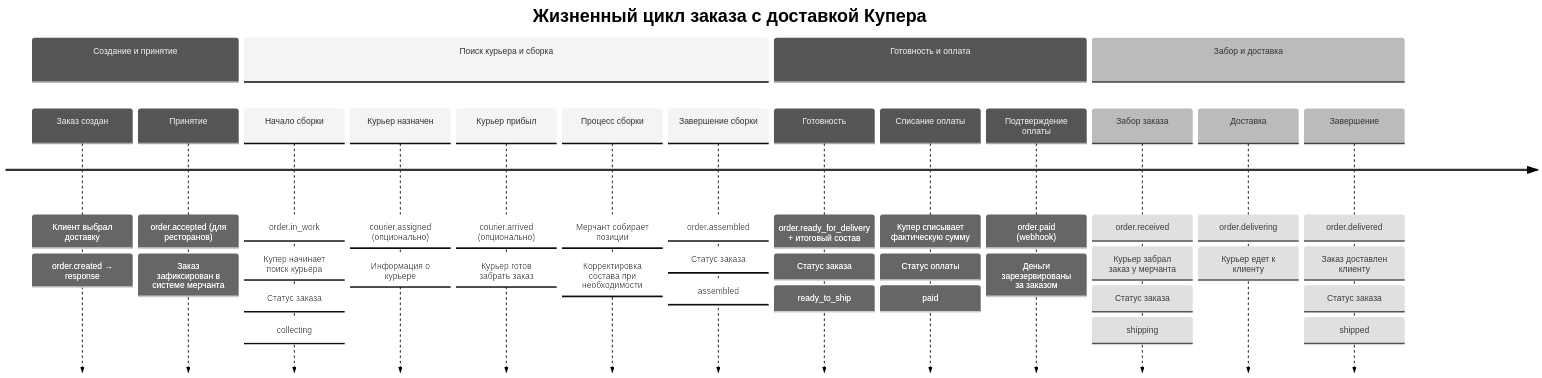
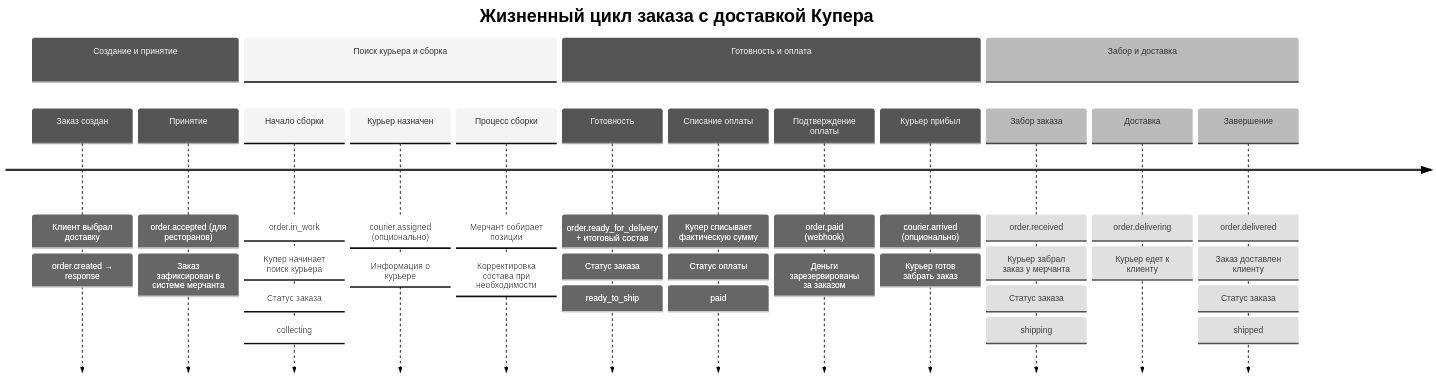
Before and after one commit to benbut/kuper: the second of 2 diagrams in assets/kuper-delivery-integration.md, drawn with Mermaid (neutral theme). The commit also changed other lines of this file, not shown here.

````diff
--- a/assets/kuper-delivery-integration.md
+++ b/assets/kuper-delivery-integration.md
@@ -151,41 +94,39 @@
 ```mermaid
 timeline
     title Жизненный цикл заказа с доставкой Купера
     
     section Создание и принятие
         Заказ создан : Клиент выбрал доставку
                      : order.created → response
         Принятие : order.accepted (для ресторанов)
                  : Заказ зафиксирован в системе мерчанта
         
     section Поиск курьера и сборка
         Начало сборки : order.in_work
                      : Купер начинает поиск курьера
                      : Статус заказа: collecting
         Курьер назначен : courier.assigned (опционально)
                        : Информация о курьере
-        Курьер прибыл : courier.arrived (опционально)
-                     : Курьер готов забрать заказ
         Процесс сборки : Мерчант собирает позиции
                       : Корректировка состава при необходимости
-        Завершение сборки : order.assembled
-                         : Статус заказа: assembled
         
     section Готовность и оплата
         Готовность : order.ready_for_delivery + итоговый состав
                    : Статус заказа: ready_to_ship
         Списание оплаты : Купер списывает фактическую сумму
                        : Статус оплаты: paid
         Подтверждение оплаты : order.paid (webhook)
                             : Деньги зарезервированы за заказом
+        Курьер прибыл : courier.arrived (опционально)
+                     : Курьер готов забрать заказ
         
     section Забор и доставка
         Забор заказа : order.received
                     : Курьер забрал заказ у мерчанта
                     : Статус заказа: shipping
         Доставка : order.delivering
                  : Курьер едет к клиенту
         Завершение : order.delivered
                   : Заказ доставлен клиенту
                   : Статус заказа: shipped
 ```
````
